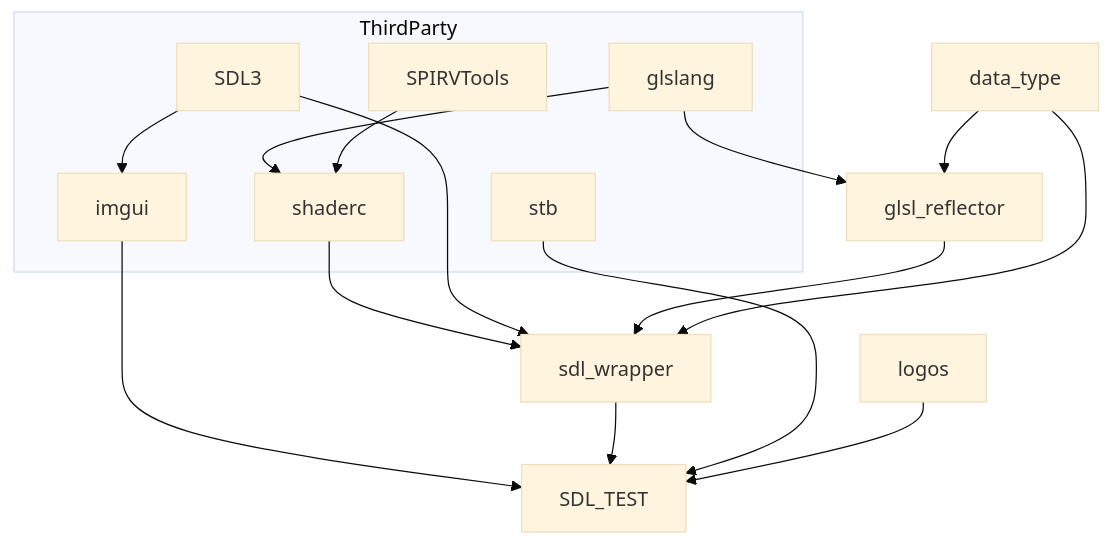
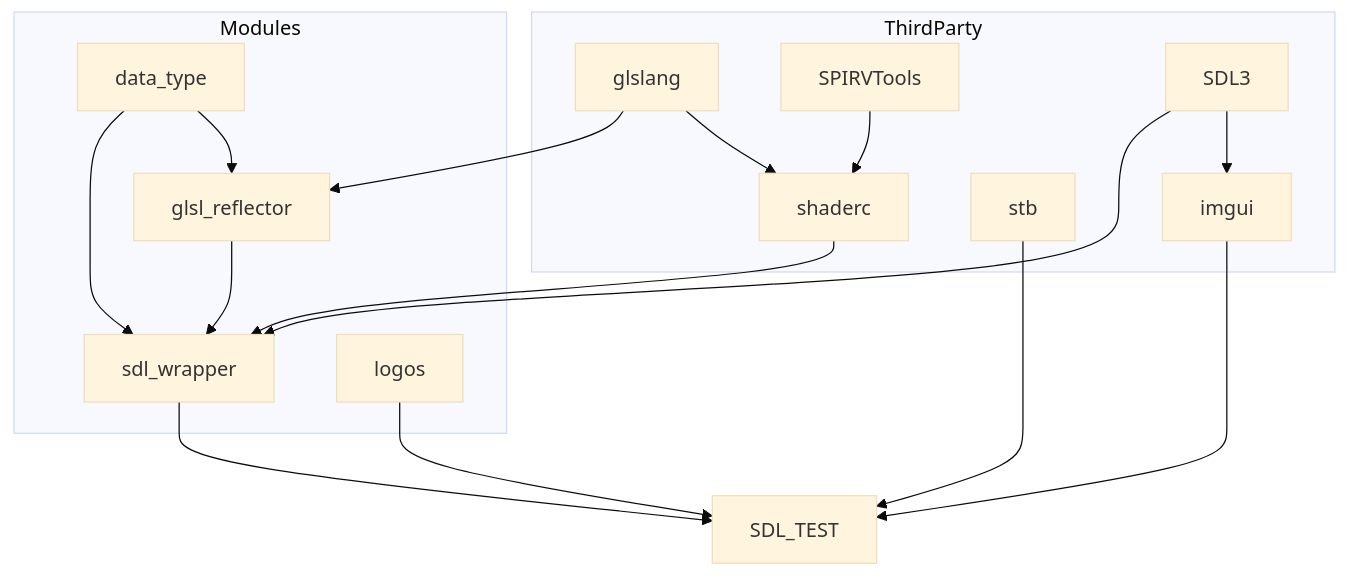
One commit to WSQS/sdl_test changed the diagram in README.md. Above: the diagram before and after it, drawn with Mermaid (base theme).

Commit message:
feat: Add Modules Graph

````diff
--- a/README.md
+++ b/README.md
@@ -7,30 +7,37 @@
 ```mermaid
 graph TD
 
     subgraph ThirdParty
         glslang
         shaderc
         SPIRVTools
         SDL3
         stb
         imgui
+    end
+
+    subgraph Modules
+        data_type
+        glsl_reflector
+        sdl_wrapper
+        logos
     end
 
     glslang --> shaderc
     SPIRVTools --> shaderc
 
     SDL3 --> imgui
 
     glslang --> glsl_reflector
     data_type --> glsl_reflector
 
     shaderc --> sdl_wrapper
     SDL3 --> sdl_wrapper
     glsl_reflector --> sdl_wrapper
     data_type --> sdl_wrapper
     
     imgui --> SDL_TEST
     sdl_wrapper --> SDL_TEST
     stb --> SDL_TEST
     logos --> SDL_TEST
 ```
````
